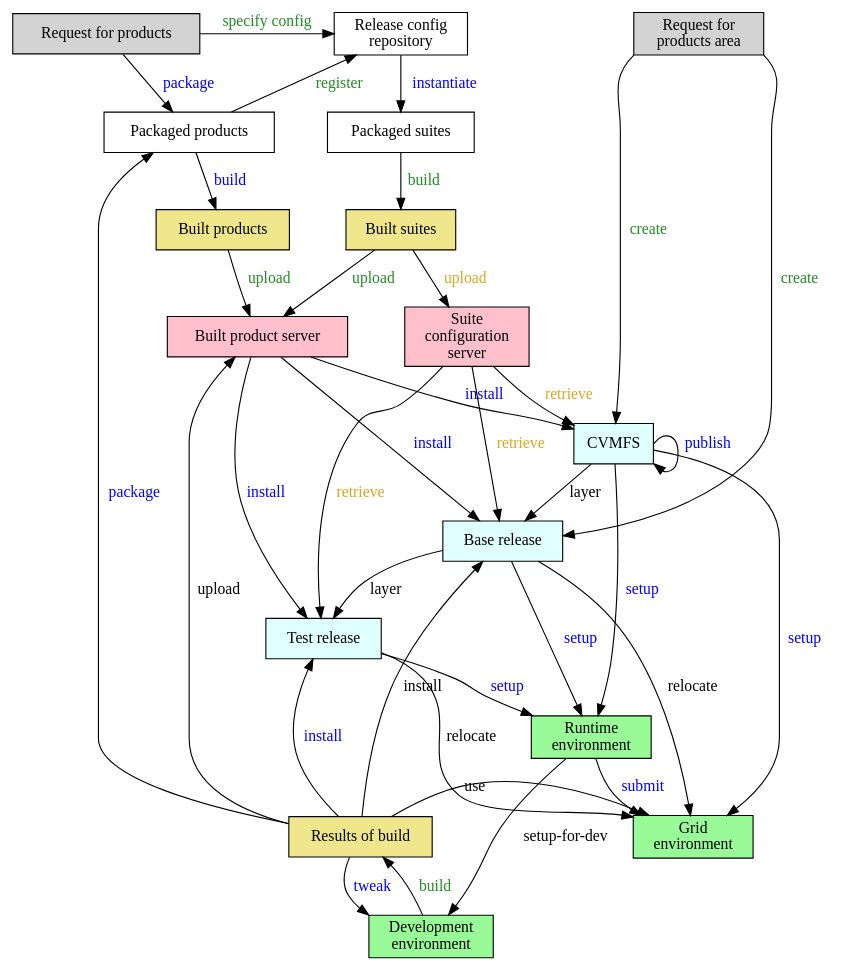
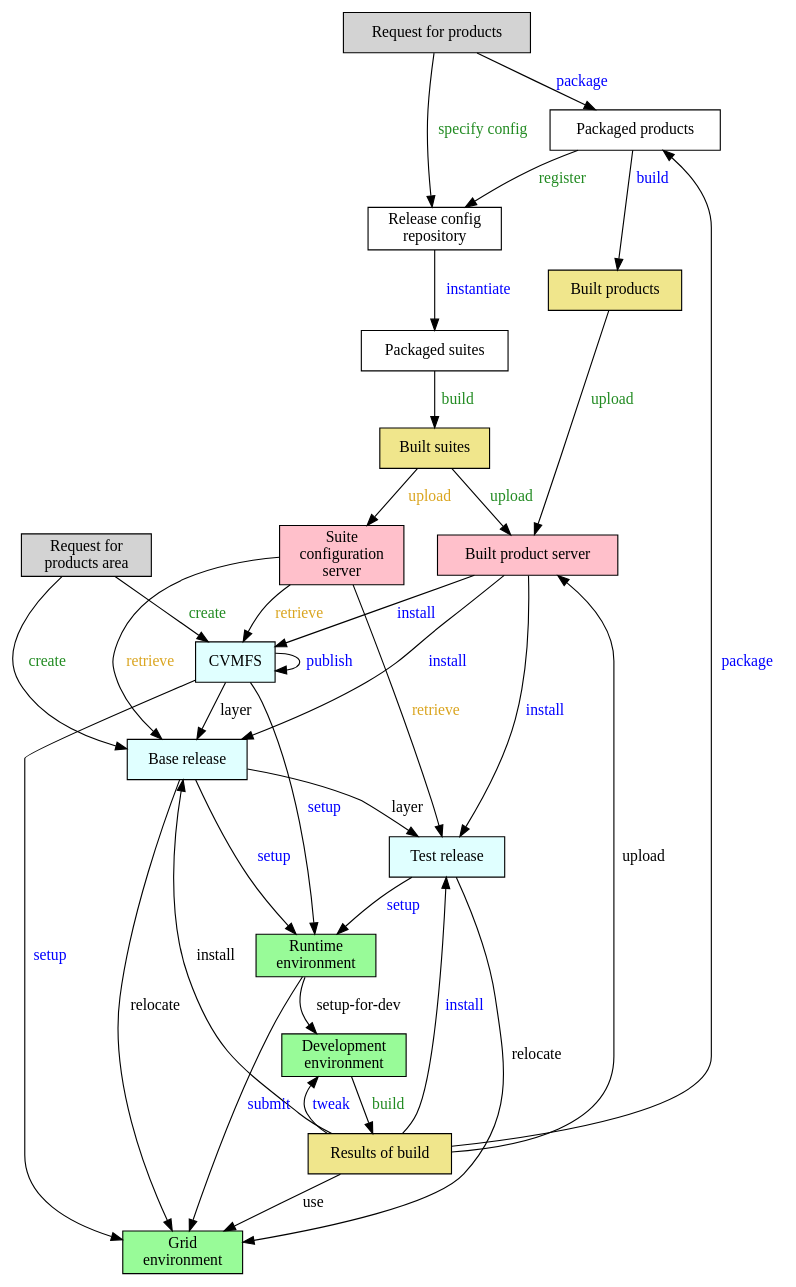
One commit to marcpaterno/spack_retreat changed the diagram in spack.gv. Above: the diagram before and after it, drawn with Graphviz.

Commit message:
Remove layout constraints for a better arrangement

```diff
--- a/spack.gv
+++ b/spack.gv
@@ -1,63 +1,58 @@
 digraph test {
 
   node [shape="rectangle"]
   nodesep=0.3
 
   request [label="Request for products", style=filled, fillcolor=lightgray]
   request_for_products_area [label="Request for\nproducts area", style=filled, fillcolor=lightgray]
   packaged_products [label="Packaged products"]
   scisoft [label="Built product server", style=filled, fillcolor=pink]
   suite_config_server [label="Suite\nconfiguration\nserver", style=filled, fillcolor=pink]
   build [label="Built products", style=filled, fillcolor=khaki]
   built_env [label="Built suites", style=filled, fillcolor=khaki]
   packaged_suites [label="Packaged suites"]
   release_config [label="Release config\nrepository"]
   developed [label="Results of build", style=filled, fillcolor=khaki]
   local_install [label="Base release", style=filled, fillcolor=lightcyan]
   test_release [label="Test release", style=filled, fillcolor=lightcyan]
   CVMFS [style=filled, fillcolor=lightcyan]
   runtime [label="Runtime\nenvironment", style=filled, fillcolor=palegreen]
   grid [label="Grid\nenvironment", style=filled, fillcolor=palegreen]
   development [label="Development\nenvironment", style=filled, fillcolor=palegreen]
 
-  { rank = same; developed; grid }
-  { rank = same; packaged_products; packaged_suites }
-  { rank = same; suite_config_server; scisoft}
-  { rank = same; request; release_config; request_for_products_area }
-
   CVMFS -> grid [label=" setup", fontcolor=blue]
   CVMFS -> runtime [label=" setup", fontcolor=blue]
   CVMFS -> local_install [label="layer", fontcolor=black]
-  CVMFS:e -> CVMFS:se [label="publish", fontcolor=blue]
+  CVMFS -> CVMFS [label="publish", fontcolor=blue]
   build -> scisoft [label=" upload", fontcolor=forestgreen]
   local_install -> grid [label=" relocate", fontcolor=black]
   local_install -> runtime [label=" setup", fontcolor=blue]
   local_install -> test_release[label="layer", fontcolor=black]
   packaged_products -> build [label=" build", fontcolor=blue]
   packaged_products -> release_config [label="register", fontcolor=forestgreen]
   packaged_suites -> built_env [label=" build", fontcolor=forestgreen]
   built_env -> scisoft [label="upload", fontcolor=forestgreen]
   built_env -> suite_config_server [label=" upload", fontcolor=goldenrod]
   release_config -> packaged_suites [label = "instantiate", fontcolor=blue]
   request -> packaged_products [label="package", fontcolor=blue]
   request -> release_config [label="specify config", fontcolor=forestgreen]
-  request_for_products_area:sw -> CVMFS [label=" create", fontcolor=forestgreen]
-  request_for_products_area:se -> local_install [label=" create", fontcolor=forestgreen]
+  request_for_products_area -> CVMFS [label=" create", fontcolor=forestgreen]
+  request_for_products_area -> local_install [label=" create", fontcolor=forestgreen]
   scisoft -> CVMFS [label="install", fontcolor=blue]
   scisoft -> local_install [label="install", fontcolor=blue]
   scisoft -> test_release [label="install", fontcolor=blue]
   suite_config_server -> CVMFS [label="retrieve", fontcolor=goldenrod]
   suite_config_server -> local_install [label="retrieve", fontcolor=goldenrod]
   suite_config_server -> test_release [label="retrieve", fontcolor=goldenrod]
   test_release -> grid [label="relocate", fontcolor=black]
   test_release -> runtime [label="setup", fontcolor=blue]
   runtime -> development [label=" setup-for-dev", fontcolor=black]
   runtime -> grid [label="submit", fontcolor=blue]
   development -> developed [label=" build", fontcolor=forestgreen]
   developed -> development [label="tweak", fontcolor=blue]
   developed -> local_install [label=" install", fontcolor=black]
   developed -> grid [label="use", fontcolor=black]
   developed -> scisoft [label=" upload", fontcolor=black]
   developed -> packaged_products [label=" package", fontcolor=blue]
   developed -> test_release [label="install", fontcolor=blue]
 }
```
